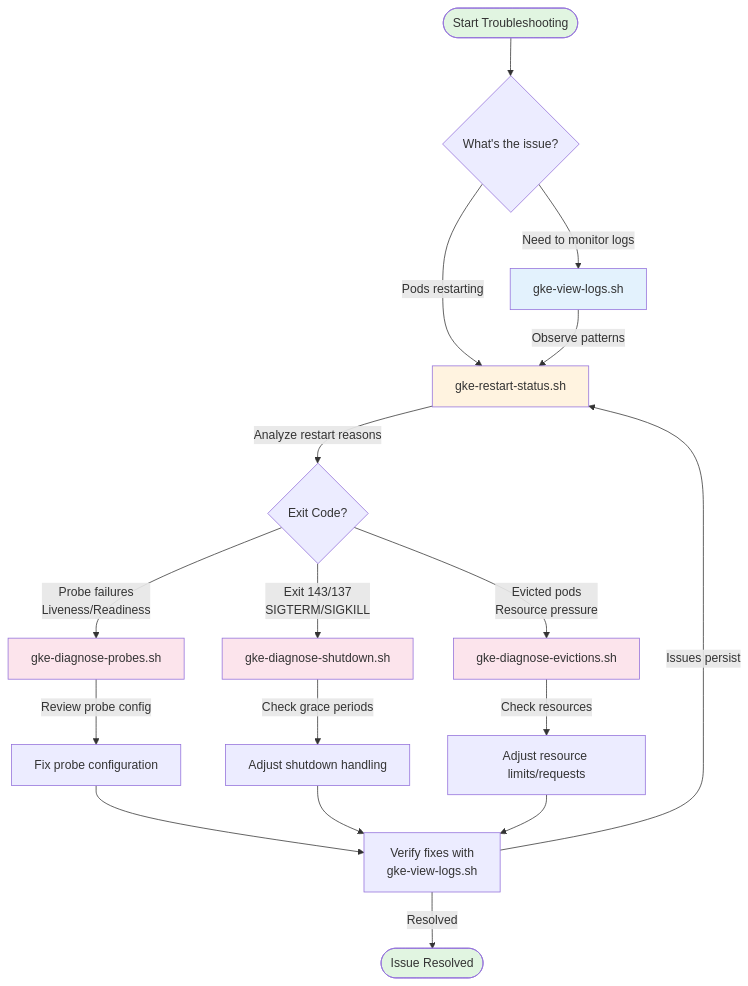
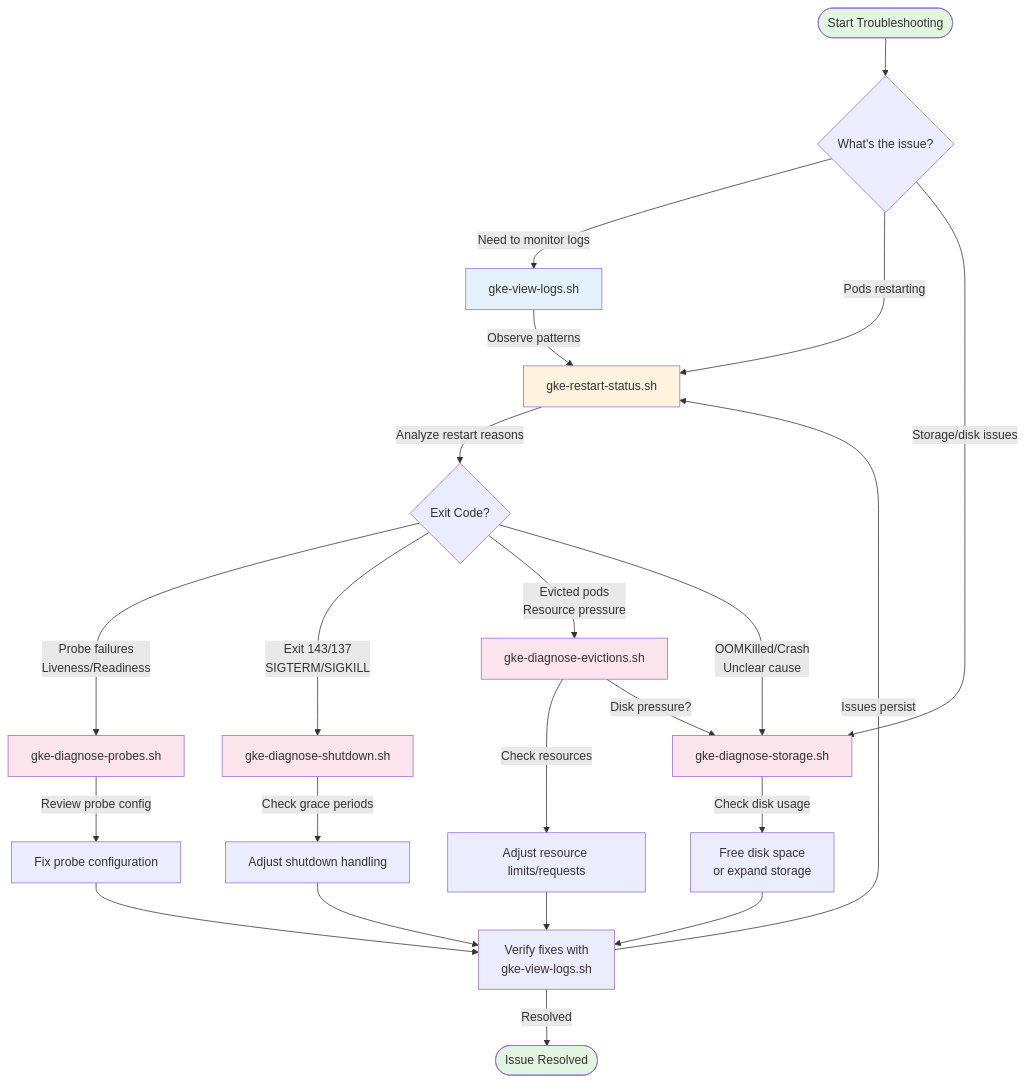
Before and after one commit to mattshunter/gke-utils: the diagram in README.md, drawn with Mermaid. The commit also changed other lines of this file and 1 other file, not shown here.

Commit message:
Added storage analysis script, updates and cleaned up documentation.

````diff
--- a/README.md
+++ b/README.md
@@ -40,35 +47,41 @@
 ```mermaid
 flowchart TD
     Start([Start Troubleshooting])
     Start --> Choice{What's the issue?}
     
     Choice -->|Need to monitor logs| ViewLogs[gke-view-logs.sh]
     Choice -->|Pods restarting| RestartStatus[gke-restart-status.sh]
+    Choice -->|Storage/disk issues| Storage[gke-diagnose-storage.sh]
     
     ViewLogs -->|Observe patterns| RestartStatus
     
     RestartStatus -->|Analyze restart reasons| Decision{Exit Code?}
     
     Decision -->|Probe failures<br/>Liveness/Readiness| Probes[gke-diagnose-probes.sh]
     Decision -->|Exit 143/137<br/>SIGTERM/SIGKILL| Shutdown[gke-diagnose-shutdown.sh]
     Decision -->|Evicted pods<br/>Resource pressure| Evictions[gke-diagnose-evictions.sh]
+    Decision -->|OOMKilled/Crash<br/>Unclear cause| Storage
     
     Probes -->|Review probe config| Fix1[Fix probe configuration]
     Shutdown -->|Check grace periods| Fix2[Adjust shutdown handling]
     Evictions -->|Check resources| Fix3[Adjust resource limits/requests]
+    Evictions -->|Disk pressure?| Storage
+    Storage -->|Check disk usage| Fix4[Free disk space<br/>or expand storage]
     
     Fix1 --> Verify[Verify fixes with<br/>gke-view-logs.sh]
     Fix2 --> Verify
     Fix3 --> Verify
+    Fix4 --> Verify
     
     Verify -->|Issues persist| RestartStatus
     Verify -->|Resolved| End([Issue Resolved])
     
     style Start fill:#e1f5e1
     style End fill:#e1f5e1
     style ViewLogs fill:#e3f2fd
     style RestartStatus fill:#fff3e0
     style Probes fill:#fce4ec
     style Shutdown fill:#fce4ec
     style Evictions fill:#fce4ec
+    style Storage fill:#fce4ec
 ```
````
